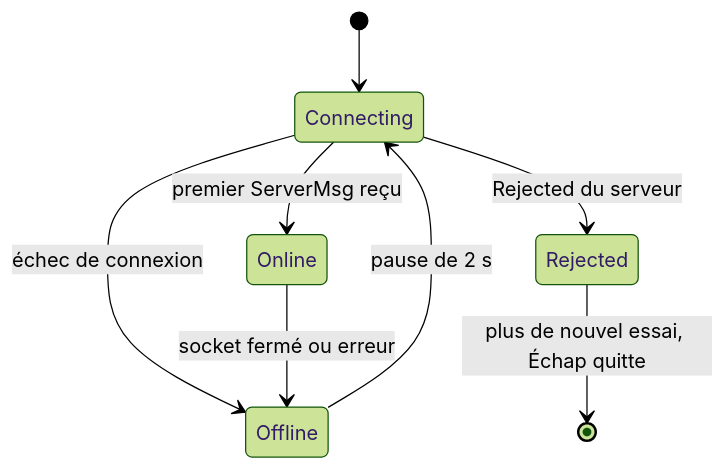
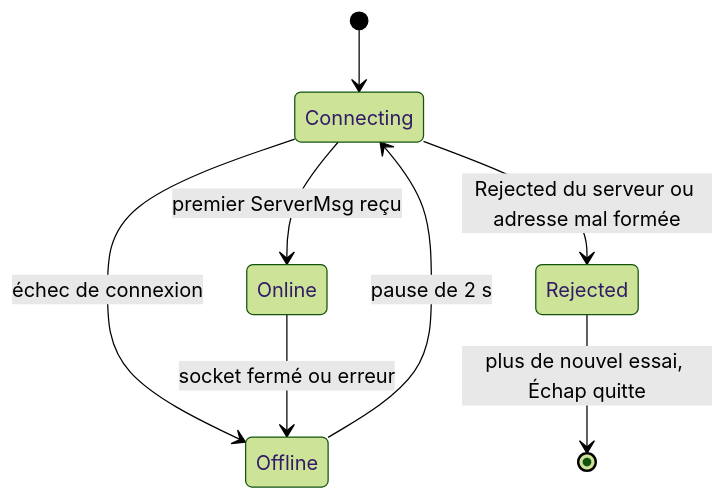
The second of 4 diagrams in docs/project-specific-docs/console-rust-game-idk/client/carto-architecture.md (SuperKiment/console-rust-game-idk), drawn with Mermaid (forest theme) before and after one commit. The commit also changed other lines of this file and 4 other files, not shown here.

First line of the commit message:
fix(client): adresse serveur sans port normalisée, adresse invalide rejetée

````diff
--- a/docs/project-specific-docs/console-rust-game-idk/client/carto-architecture.md
+++ b/docs/project-specific-docs/console-rust-game-idk/client/carto-architecture.md
@@ -70,10 +70,10 @@
 ```mermaid
 stateDiagram-v2
     [*] --> Connecting
     Connecting --> Online : premier ServerMsg reçu
     Connecting --> Offline : échec de connexion
     Online --> Offline : socket fermé ou erreur
     Offline --> Connecting : pause de 2 s
-    Connecting --> Rejected : Rejected du serveur
+    Connecting --> Rejected : Rejected du serveur ou adresse mal formée
     Rejected --> [*] : plus de nouvel essai, Échap quitte
 ```
````
